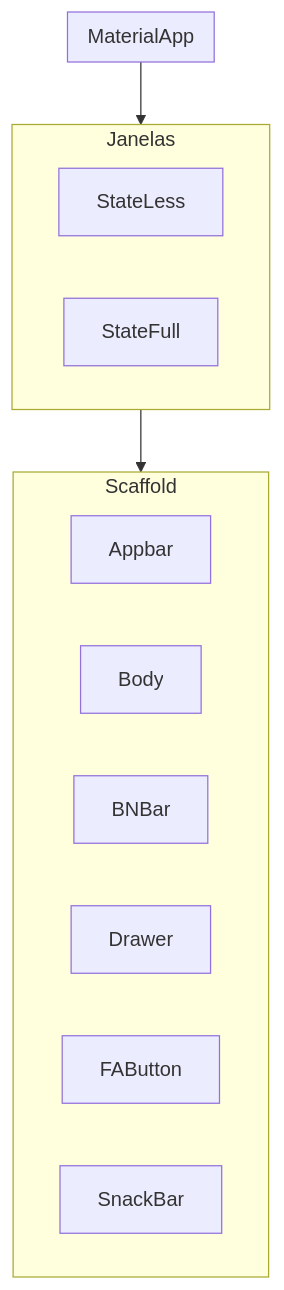
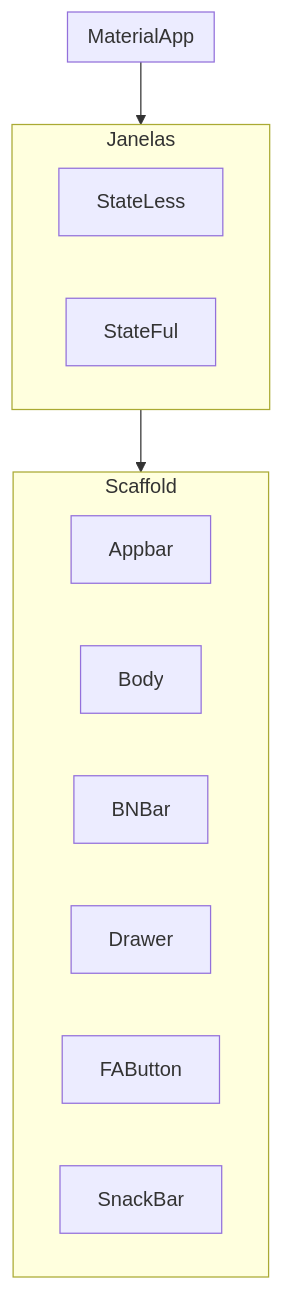
Before and after one commit to spidemyer/mobile: the diagram in README.md, drawn with Mermaid. The commit also changed other lines of this file and 52 other files, not shown here.

````diff
--- a/README.md
+++ b/README.md
@@ -85,21 +85,21 @@
 ```mermaid
 
     flowchart TD
         subgraph MaterialApp["MaterialApp"]
         end
         subgraph Janelas["Janelas"]
             StateLess["StateLess"]
-            StateFull["StateFull"]
+            StateFull["StateFul"]
         end
         subgraph Scaffold["Scaffold"]
             AppBar["Appbar"]
             Body["Body"]
             BNBar["BNBar"]
             Drawer["Drawer"]
             FAButton["FAButton"]
             SnackBar["SnackBar"]
         end
         MaterialApp --> Janelas
         Janelas --> Scaffold         
 
 ```
````
